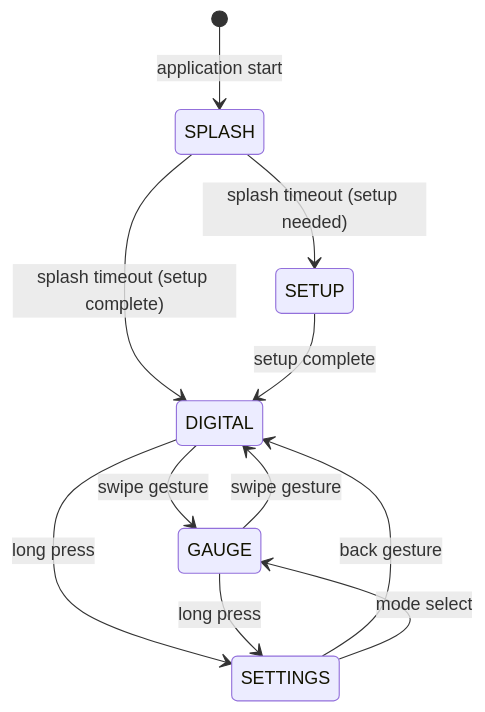
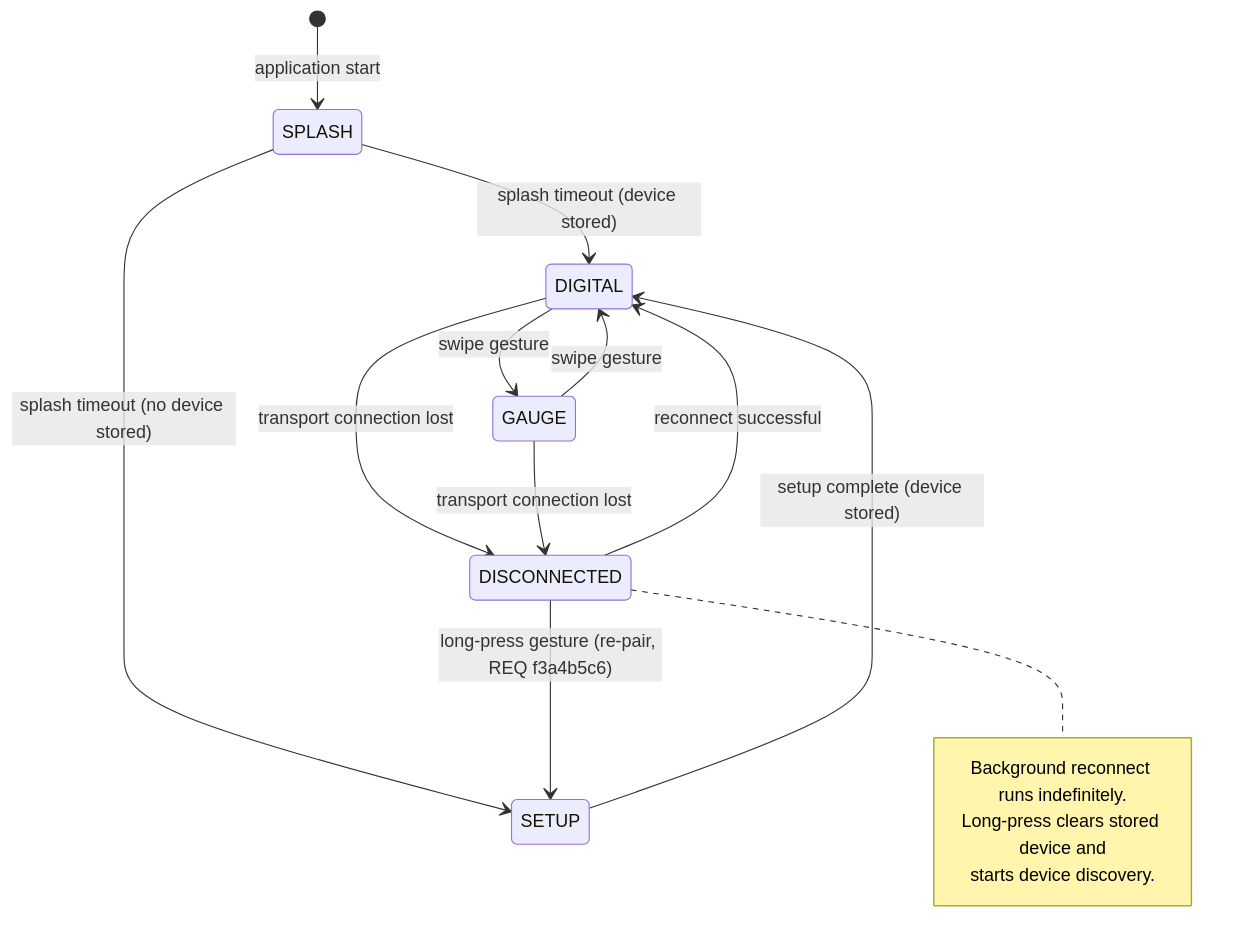
The fourth of 5 diagrams in workspace/design/design-gtach-master.md (William12556/GTach), drawn with Mermaid before and after one commit. The commit also changed other lines of this file and 27 other files, not shown here.

````diff
--- a/workspace/design/design-gtach-master.md
+++ b/workspace/design/design-gtach-master.md
@@ -819,18 +815,24 @@
 ```mermaid
 stateDiagram-v2
     [*] --> SPLASH: application start
     
-    SPLASH --> DIGITAL: splash timeout (setup complete)
-    SPLASH --> SETUP: splash timeout (setup needed)
+    SPLASH --> DIGITAL: splash timeout (device stored)
+    SPLASH --> SETUP: splash timeout (no device stored)
     
-    SETUP --> DIGITAL: setup complete
+    SETUP --> DIGITAL: setup complete (device stored)
     
     DIGITAL --> GAUGE: swipe gesture
-    DIGITAL --> SETTINGS: long press
+    GAUGE --> DIGITAL: swipe gesture
     
-    GAUGE --> DIGITAL: swipe gesture
-    GAUGE --> SETTINGS: long press
+    DIGITAL --> DISCONNECTED: transport connection lost
+    GAUGE --> DISCONNECTED: transport connection lost
     
-    SETTINGS --> DIGITAL: back gesture
-    SETTINGS --> GAUGE: mode select
+    DISCONNECTED --> DIGITAL: reconnect successful
+    DISCONNECTED --> SETUP: long-press gesture (re-pair, REQ f3a4b5c6)
+    
+    note right of DISCONNECTED
+        Background reconnect runs indefinitely.
+        Long-press clears stored device and
+        starts device discovery.
+    end note
 ```
````
